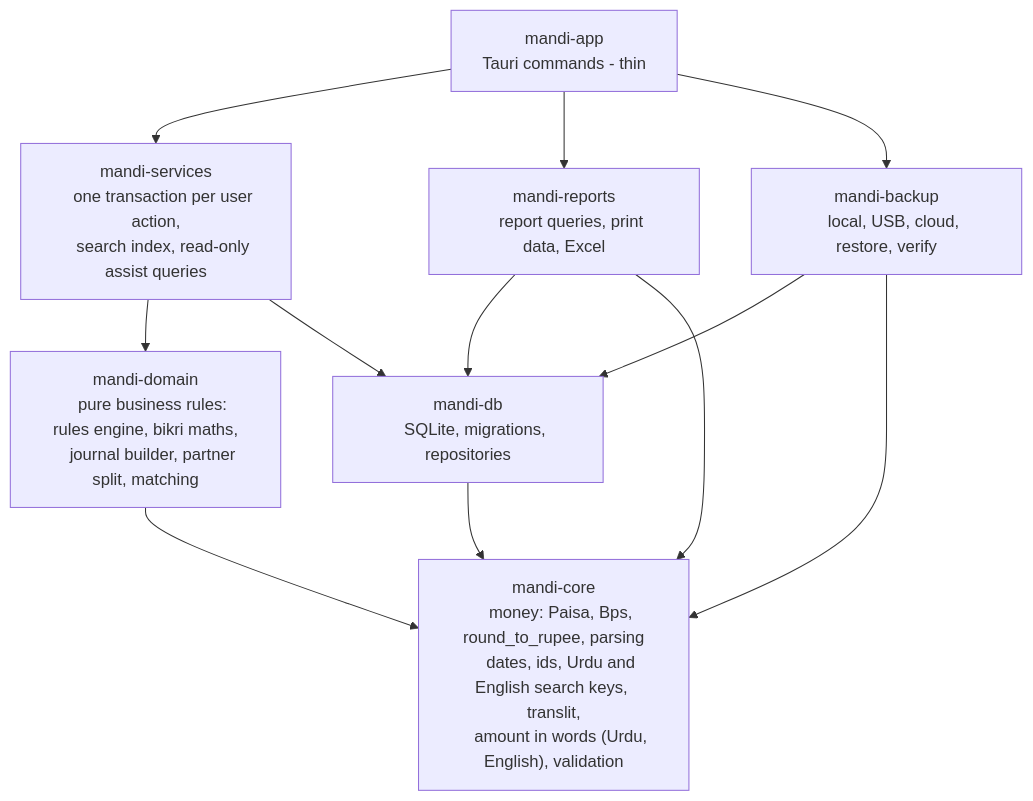
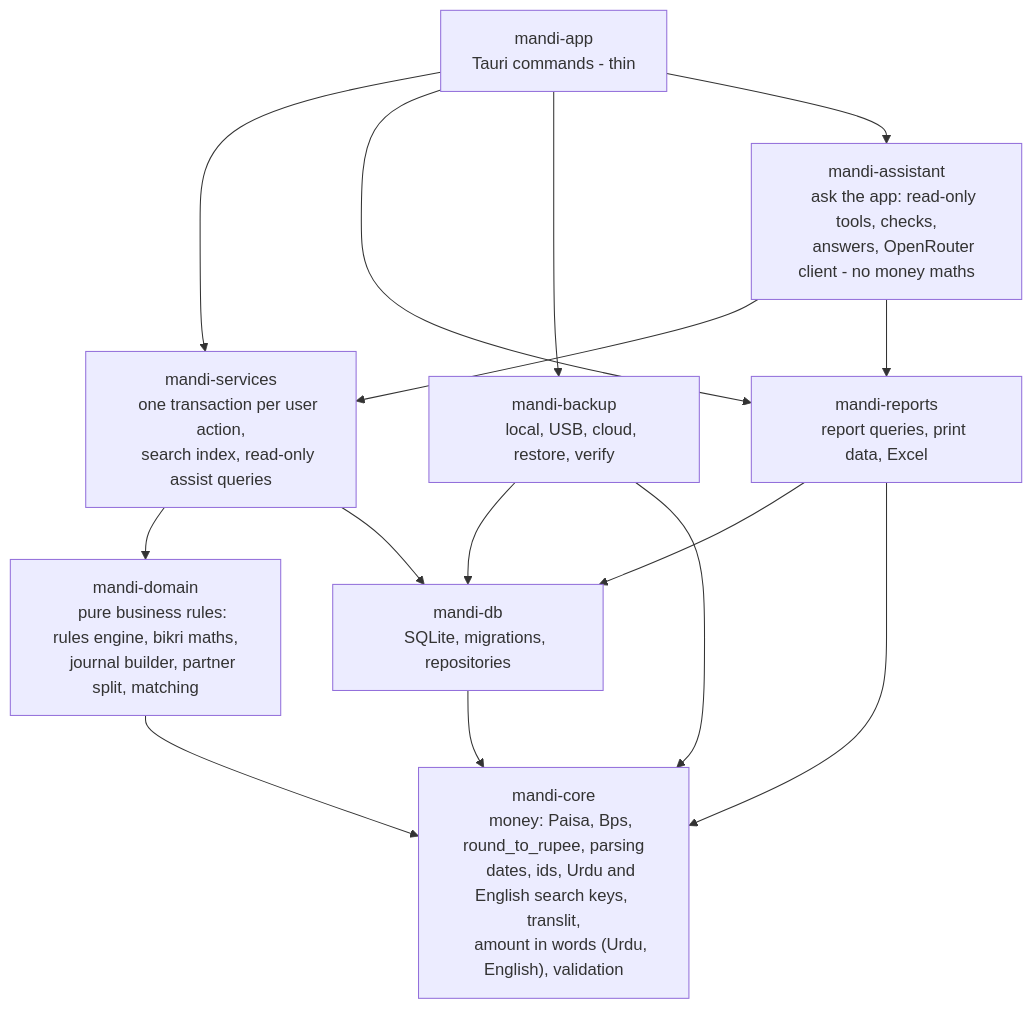
Before and after one commit to FaisalHanif12/Fruits-Mandi-Software: the third of 28 diagrams in .claude/rules/Architecture_v1.md, drawn with Mermaid. The commit also changed other lines of this file and 10 other files, not shown here.

First line of the commit message:
docs: requirements v1.16 ask the app; D6

````diff
--- a/.claude/rules/Architecture_v1.md
+++ b/.claude/rules/Architecture_v1.md
@@ -107,33 +110,39 @@
 ```mermaid
 flowchart TB
     APPC["mandi-app
     Tauri commands - thin"]
     SVC["mandi-services
     one transaction per user action,
     search index, read-only assist queries"]
     REP["mandi-reports
     report queries, print data, Excel"]
     BAK["mandi-backup
     local, USB, cloud, restore, verify"]
     DOM["mandi-domain
     pure business rules: rules engine, bikri maths,
     journal builder, partner split, matching"]
     DBC["mandi-db
     SQLite, migrations, repositories"]
+    AST["mandi-assistant
+    ask the app: read-only tools, checks,
+    answers, OpenRouter client - no money maths"]
     CORE["mandi-core
     money: Paisa, Bps, round_to_rupee, parsing
     dates, ids, Urdu and English search keys, translit,
     amount in words (Urdu, English), validation"]
 
     APPC --> SVC
     APPC --> REP
     APPC --> BAK
+    APPC --> AST
+    AST --> SVC
+    AST --> REP
     SVC --> DOM
     SVC --> DBC
     REP --> DBC
     REP --> CORE
     BAK --> DBC
     BAK --> CORE
     DOM --> CORE
     DBC --> CORE
 ```
````
